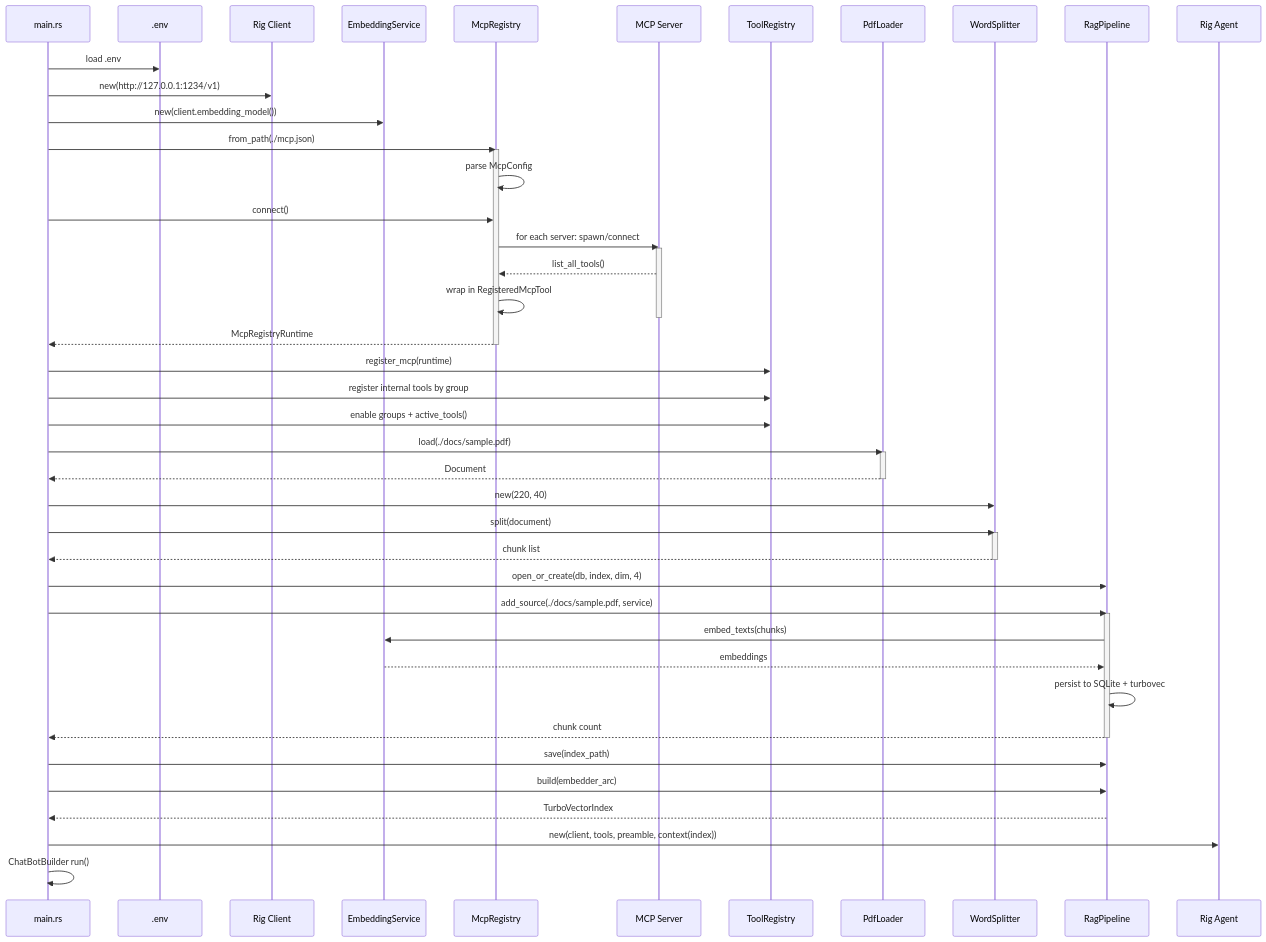
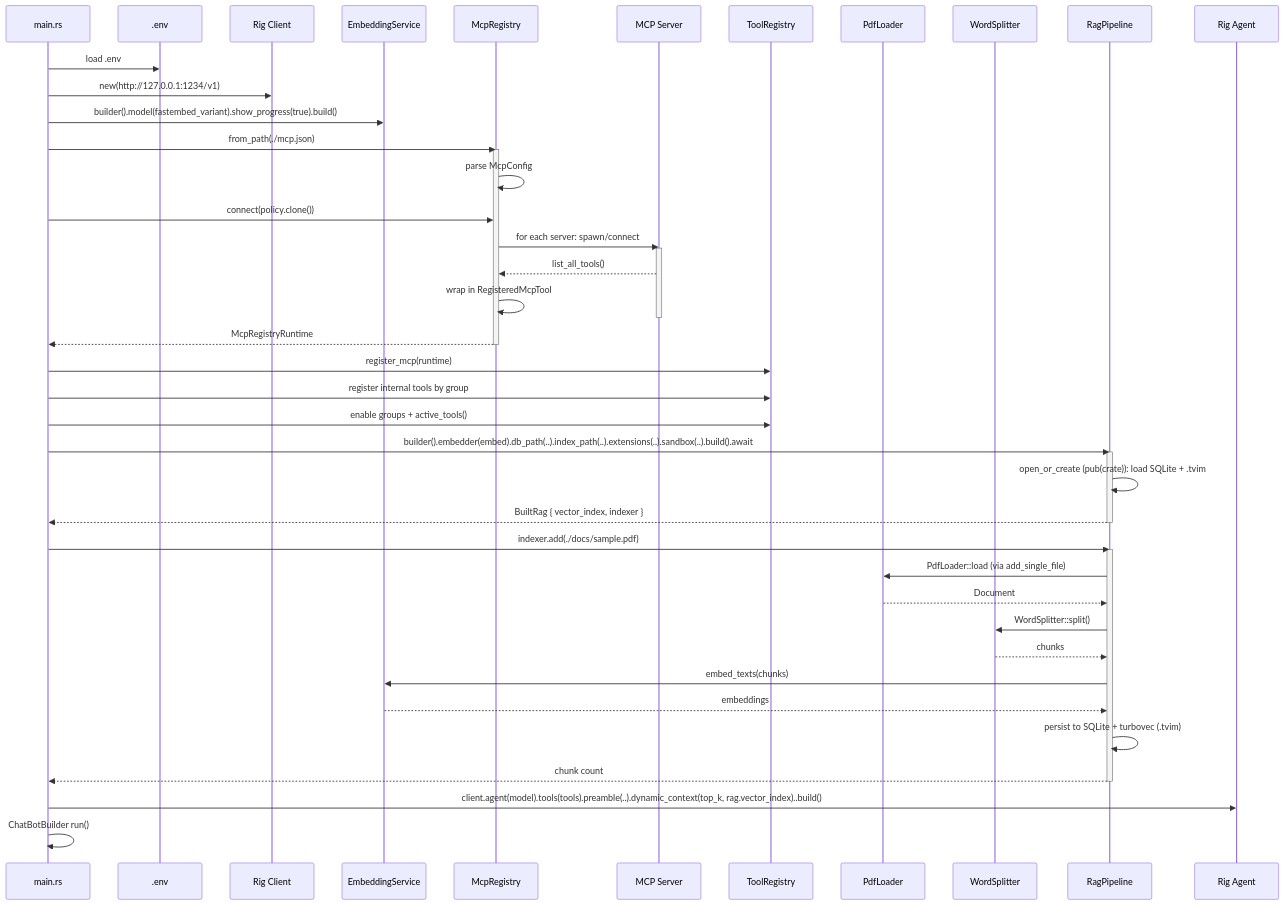
One commit to skaarfundgandr/agent_rs changed the first of 2 diagrams in docs/diagrams/sequence-diagram.md. Above: the diagram before and after it, drawn with Mermaid. The commit also changed 4 other files, not shown here.

Commit message:
docs(diagrams): align diagrams with current architecture

````diff
--- a/docs/diagrams/sequence-diagram.md
+++ b/docs/diagrams/sequence-diagram.md
@@ -5,56 +5,52 @@
 ```mermaid
 sequenceDiagram
     participant Main as main.rs
     participant DotEnv as .env
     participant RigClient as Rig Client
     participant Embed as EmbeddingService
     participant McpReg as McpRegistry
     participant McpSrv as MCP Server
     participant Tools as ToolRegistry
     participant Pdf as PdfLoader
     participant Splitter as WordSplitter
     participant Rag as RagPipeline
     participant Agent as Rig Agent
 
     Main->>DotEnv: load .env
     Main->>RigClient: new(http://127.0.0.1:1234/v1)
-    Main->>Embed: new(client.embedding_model())
+    Main->>Embed: builder().model(fastembed_variant).show_progress(true).build()
     Main->>McpReg: from_path(./mcp.json)
     activate McpReg
     McpReg->>McpReg: parse McpConfig
-    Main->>McpReg: connect()
+    Main->>McpReg: connect(policy.clone())
     McpReg->>McpSrv: for each server: spawn/connect
     activate McpSrv
     McpSrv-->>McpReg: list_all_tools()
     McpReg->>McpReg: wrap in RegisteredMcpTool
     deactivate McpSrv
     McpReg-->>Main: McpRegistryRuntime
     deactivate McpReg
     Main->>Tools: register_mcp(runtime)
     Main->>Tools: register internal tools by group
     Main->>Tools: enable groups + active_tools()
 
-    Main->>Pdf: load(./docs/sample.pdf)
-    activate Pdf
-    Pdf-->>Main: Document
-    deactivate Pdf
-    Main->>Splitter: new(220, 40)
-    Main->>Splitter: split(document)
-    activate Splitter
-    Splitter-->>Main: chunk list
-    deactivate Splitter
-    Main->>Rag: open_or_create(db, index, dim, 4)
-    Main->>Rag: add_source(./docs/sample.pdf, service)
+    Main->>Rag: builder().embedder(embed).db_path(..).index_path(..).extensions(..).sandbox(..).build().await
     activate Rag
+    Rag->>Rag: open_or_create (pub(crate)): load SQLite + .tvim
+    Rag-->>Main: BuiltRag { vector_index, indexer }
+    deactivate Rag
+    Main->>Rag: indexer.add(./docs/sample.pdf)
+    activate Rag
+    Rag->>Pdf: PdfLoader::load (via add_single_file)
+    Pdf-->>Rag: Document
+    Rag->>Splitter: WordSplitter::split()
+    Splitter-->>Rag: chunks
     Rag->>Embed: embed_texts(chunks)
     Embed-->>Rag: embeddings
-    Rag->>Rag: persist to SQLite + turbovec
+    Rag->>Rag: persist to SQLite + turbovec (.tvim)
     Rag-->>Main: chunk count
     deactivate Rag
-    Main->>Rag: save(index_path)
-    Main->>Rag: build(embedder_arc)
-    Rag-->>Main: TurboVectorIndex
 
-    Main->>Agent: new(client, tools, preamble, context(index))
+    Main->>Agent: client.agent(model).tools(tools).preamble(..).dynamic_context(top_k, rag.vector_index)..build()
     Main->>Main: ChatBotBuilder run()
 ```
````
